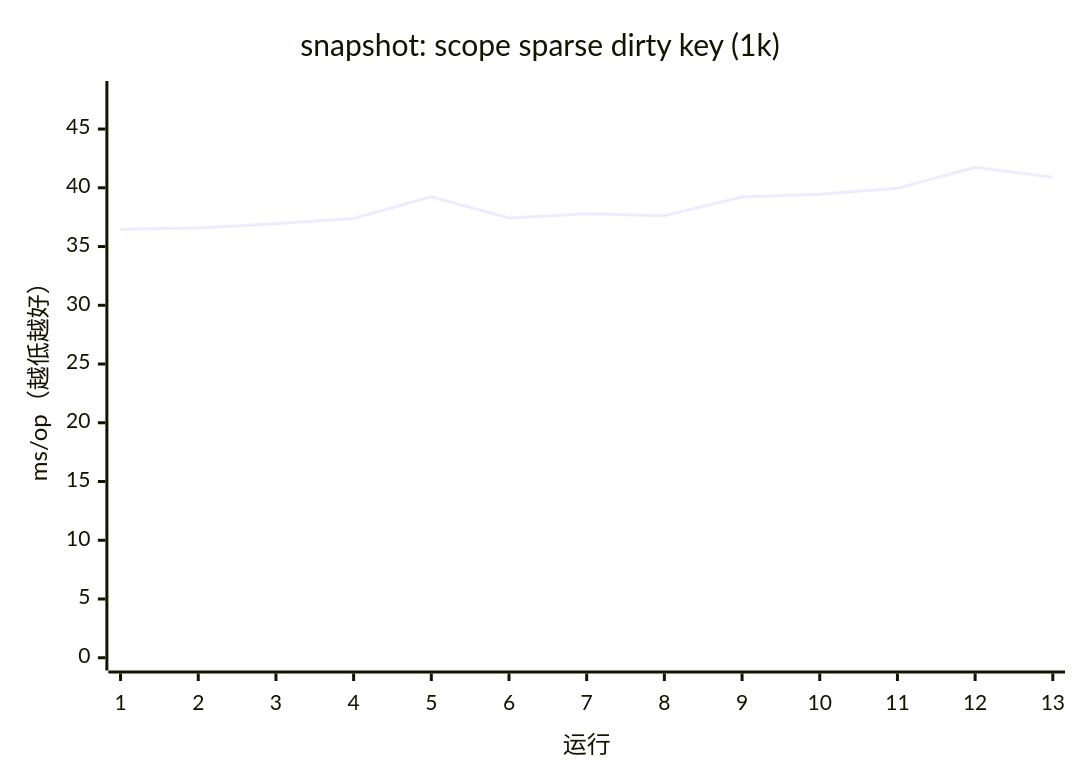
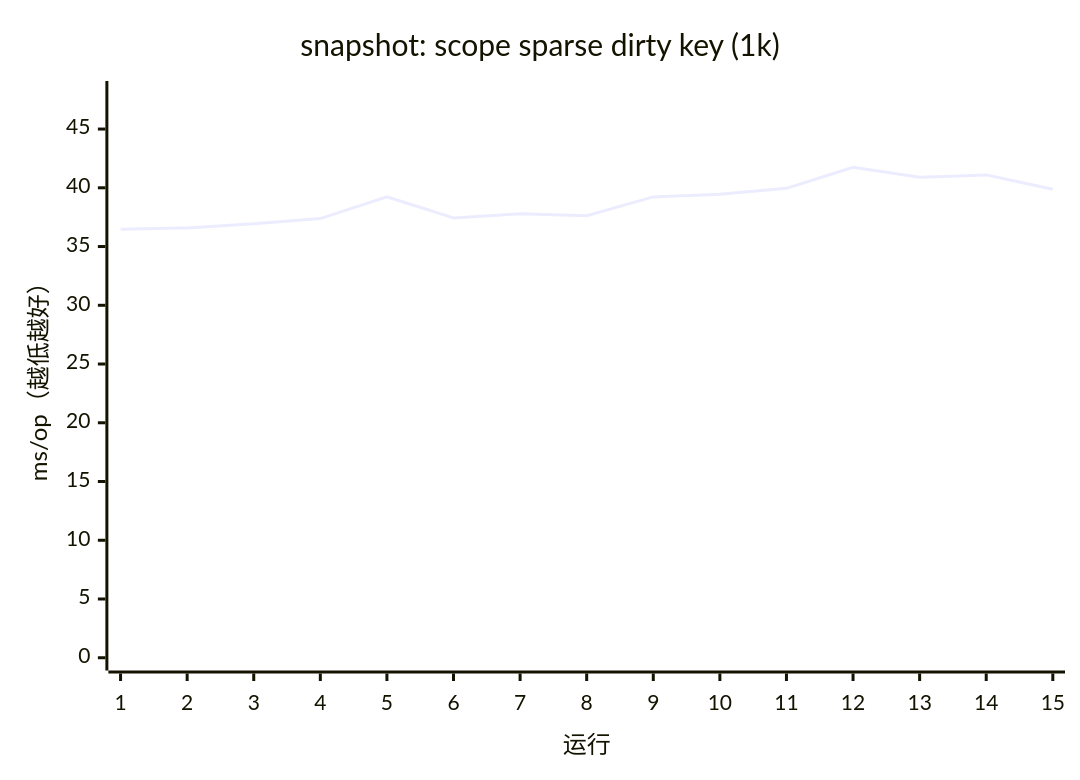
The fifth of 17 diagrams in apps/docs/src/content/docs/guides/benchmark.mdx (AIluffy/io), drawn with Mermaid before and after one commit. The commit also changed other lines of this file and 7 other files, not shown here.

````diff
--- a/apps/docs/src/content/docs/guides/benchmark.mdx
+++ b/apps/docs/src/content/docs/guides/benchmark.mdx
@@ -235,7 +237,7 @@
 ```mermaid
 xychart-beta
   title "snapshot: scope sparse dirty key (1k)"
-  x-axis "运行" [1, 2, 3, 4, 5, 6, 7, 8, 9, 10, 11, 12, 13]
+  x-axis "运行" [1, 2, 3, 4, 5, 6, 7, 8, 9, 10, 11, 12, 13, 14, 15]
   y-axis "ms/op（越低越好）" 0 --> 48.0046
-  line [36.472, 36.5878, 36.9486, 37.3812, 39.2313, 37.435, 37.7992, 37.6167, 39.2233, 39.4452, 39.9555, 41.7431, 40.8896]
+  line [36.472, 36.5878, 36.9486, 37.3812, 39.2313, 37.435, 37.7992, 37.6167, 39.2233, 39.4452, 39.9555, 41.7431, 40.8896, 41.0984, 39.8832]
 ```
````
